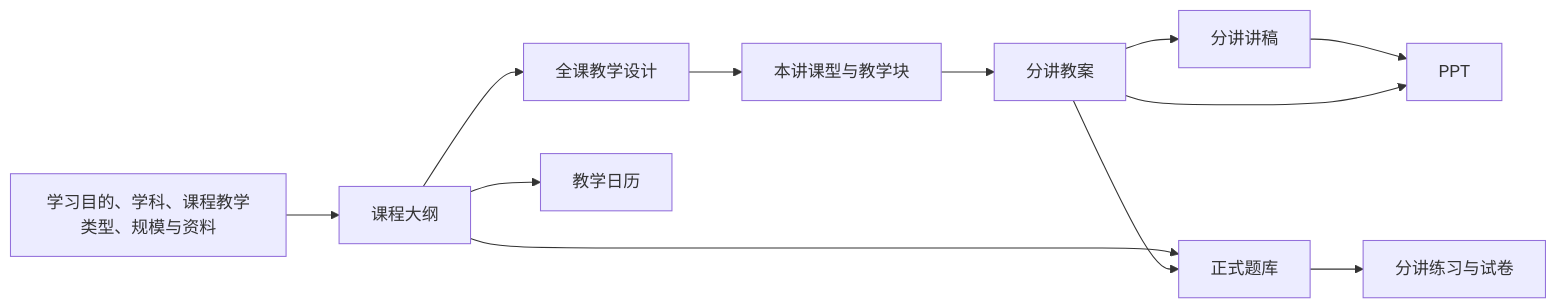
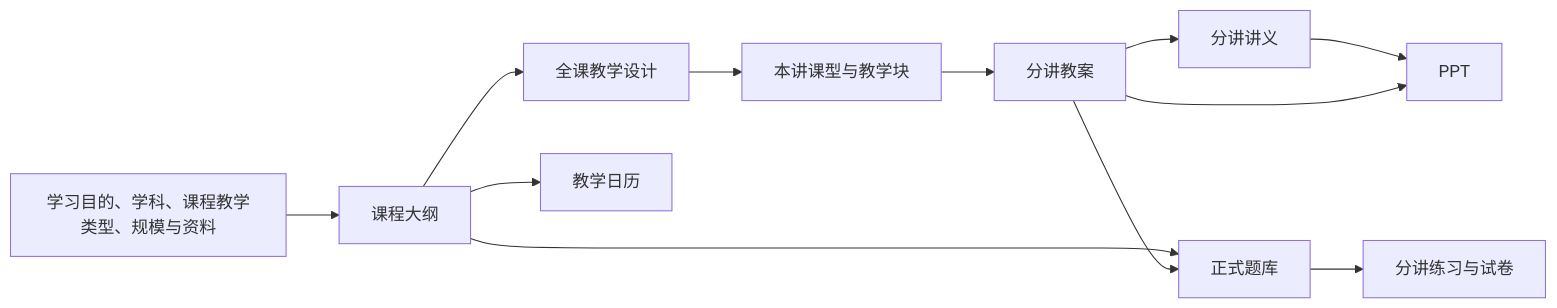
Before and after one commit to elgoog577215-beep/hackthon: the third of 3 diagrams in docs/产品蓝图.md, drawn with Mermaid. The commit also changed other lines of this file and 57 other files, not shown here.

````diff
--- a/docs/产品蓝图.md
+++ b/docs/产品蓝图.md
@@ -646,14 +646,14 @@
 ```mermaid
 flowchart LR
     A["学习目的、学科、课程教学类型、规模与资料"] --> B["课程大纲"]
     B --> C["全课教学设计"]
     B --> D["教学日历"]
     C --> E["本讲课型与教学块"]
     E --> F["分讲教案"]
-    F --> G["分讲讲稿"]
+    F --> G["分讲讲义"]
     B --> H["正式题库"]
     F --> H
     H --> I["分讲练习与试卷"]
     G --> J["PPT"]
     F --> J
 ```
````
